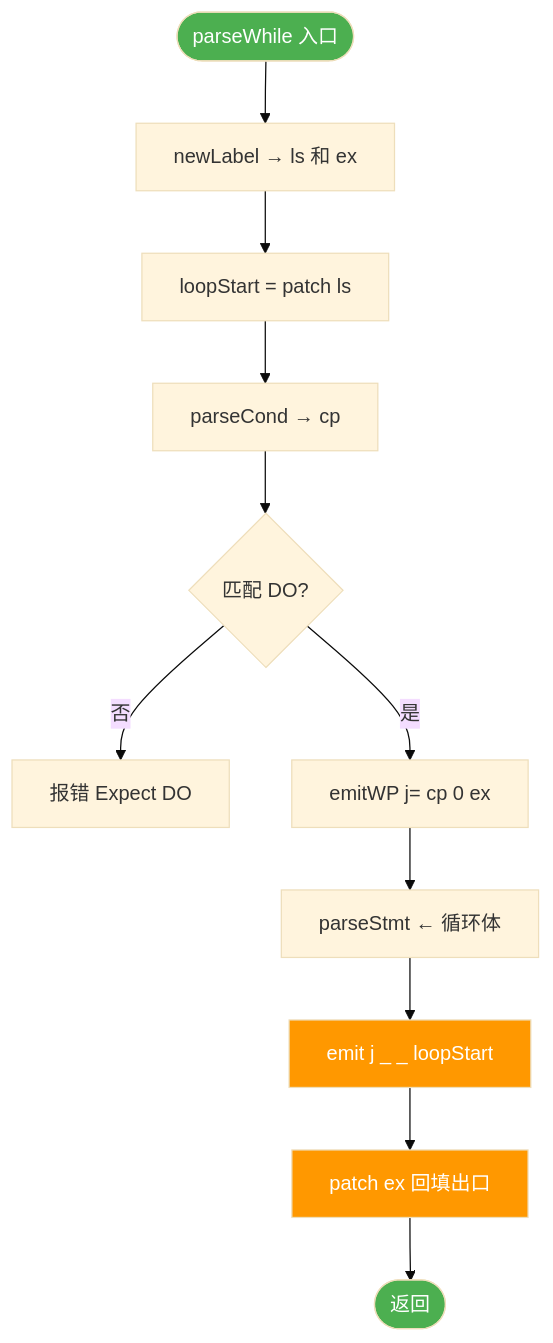
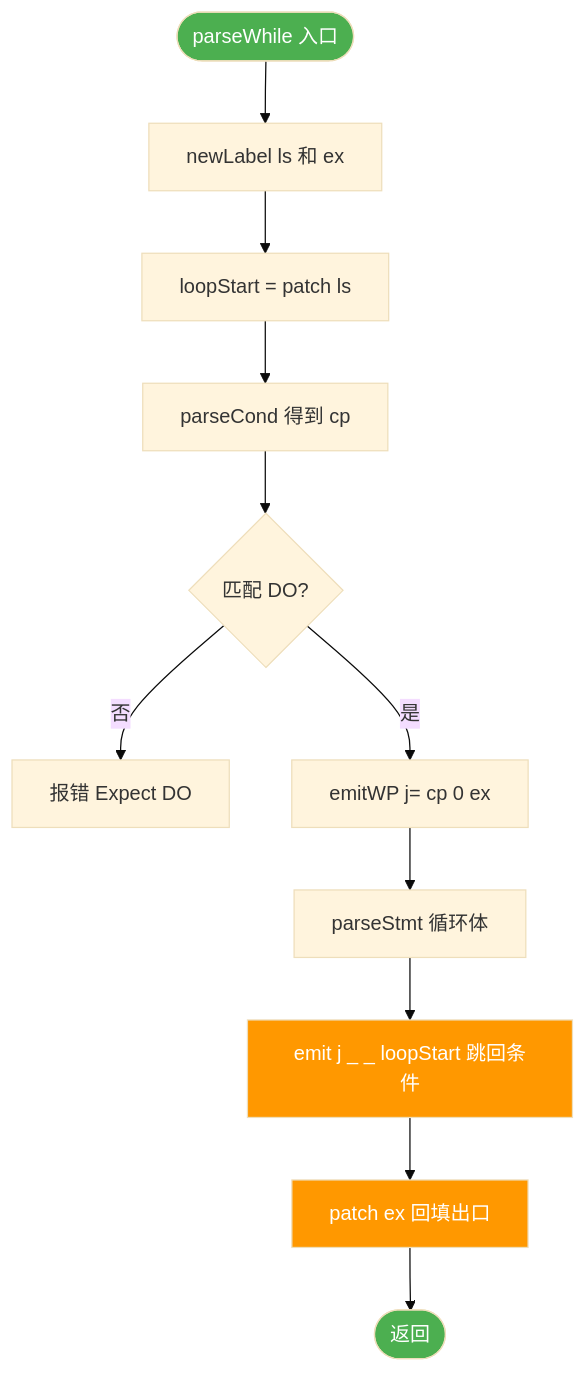
Before and after one commit to sayzwx/L--PL-0: the seventh of 10 diagrams in Docs/设计流程图.md, drawn with Mermaid (base theme). The commit also changed other lines of this file, not shown here.

Commit message:
恢复图片+修复流程图2.2编码和Loop引用

````diff
--- a/Docs/设计流程图.md
+++ b/Docs/设计流程图.md
@@ -210,18 +223,18 @@
 ```mermaid
 flowchart TD
-    StartWhile([parseWhile 入口]) --> NewLabel[newLabel → ls 和 ex]
-    NewLabel --> PatchLS[loopStart = patch ls]
-    PatchLS --> Cond[parseCond → cp]
-    Cond --> CheckDo{匹配 DO?}
-    CheckDo -->|否| ErrDo[报错 Expect DO]
-    CheckDo -->|是| EmitWP[emitWP j= cp 0 ex]
-    EmitWP --> Body[parseStmt ← 循环体]
-    Body --> JumpBack[emit j _ _ loopStart]
-    JumpBack --> PatchEx[patch ex 回填出口]
-    PatchEx --> EndWhile([返回])
+    StartWhile([parseWhile 入口]) --> NL[newLabel ls 和 ex]
+    NL --> PLS[loopStart = patch ls]
+    PLS --> Cond[parseCond 得到 cp]
+    Cond --> CD{匹配 DO?}
+    CD -->|否| ErrDo[报错 Expect DO]
+    CD -->|是| WP[emitWP j= cp 0 ex]
+    WP --> Body[parseStmt 循环体]
+    Body --> JB[emit j _ _ loopStart 跳回条件]
+    JB --> PEX[patch ex 回填出口]
+    PEX --> EndWhile([返回])
 
     style StartWhile fill:#4CAF50,color:#fff
     style EndWhile fill:#4CAF50,color:#fff
-    style JumpBack fill:#FF9800,color:#fff
-    style PatchEx fill:#FF9800,color:#fff
+    style JB fill:#FF9800,color:#fff
+    style PEX fill:#FF9800,color:#fff
 ```
````
